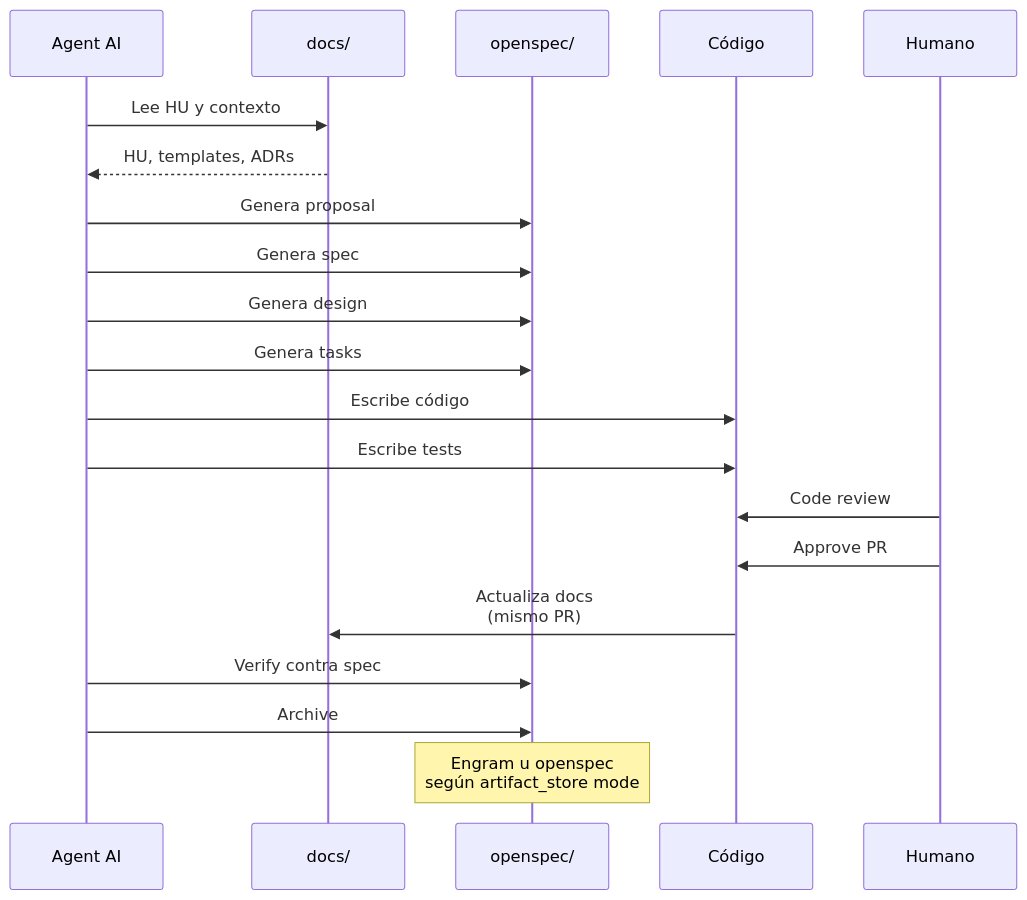
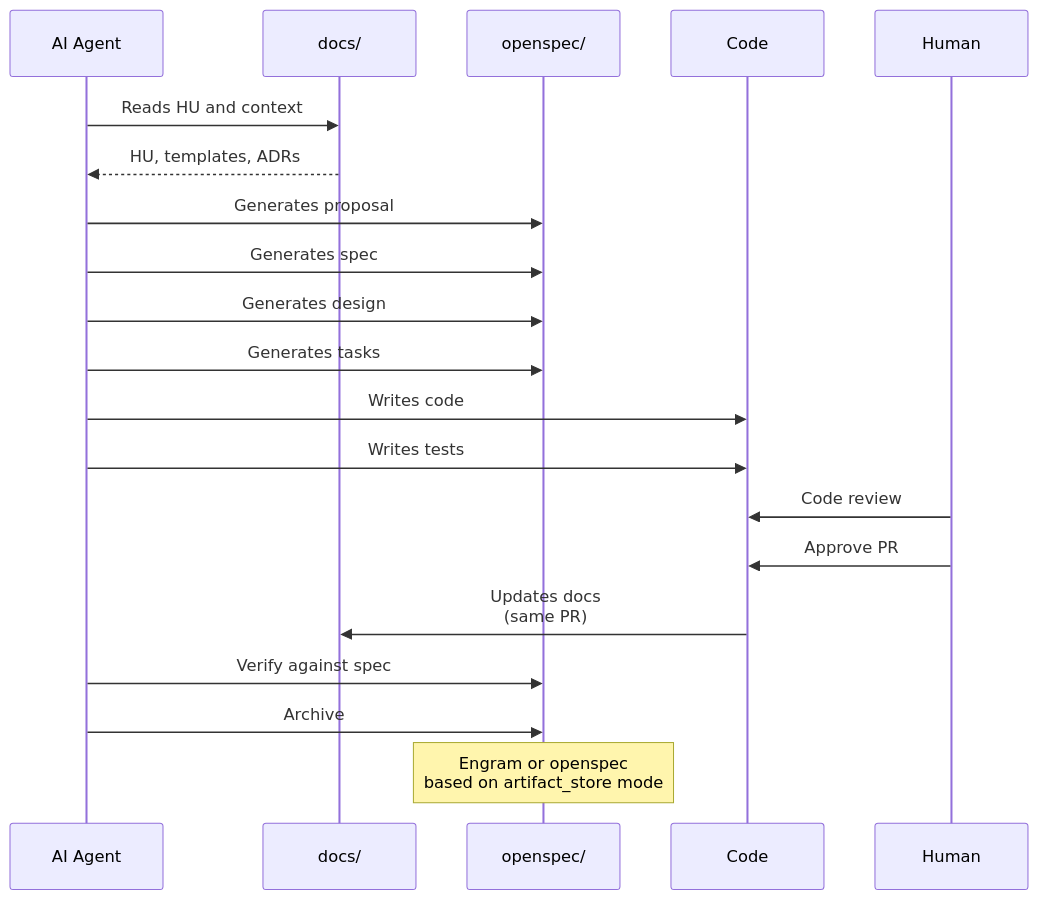
Before and after one commit to crhistianmdz/FlowDocs: the third of 7 diagrams in docs/architecture-diagram.md, drawn with Mermaid. The commit also changed other lines of this file and 81 other files, not shown here.

First line of the commit message:
feat: add FlowDoc adoption checklist and update legacy migration guide

````diff
--- a/docs/architecture-diagram.md
+++ b/docs/architecture-diagram.md
@@ -136,29 +136,29 @@
 ```mermaid
 sequenceDiagram
-    participant Agent as Agent AI
+    participant Agent as AI Agent
     participant DOCS as docs/
     participant OPENSPEC as openspec/
-    participant CODE as Código
-    participant HUMAN as Humano
+    participant CODE as Code
+    participant HUMAN as Human
 
-    Agent->>DOCS: Lee HU y contexto
+    Agent->>DOCS: Reads HU and context
     DOCS-->>Agent: HU, templates, ADRs
 
-    Agent->>OPENSPEC: Genera proposal
-    Agent->>OPENSPEC: Genera spec
-    Agent->>OPENSPEC: Genera design
-    Agent->>OPENSPEC: Genera tasks
+    Agent->>OPENSPEC: Generates proposal
+    Agent->>OPENSPEC: Generates spec
+    Agent->>OPENSPEC: Generates design
+    Agent->>OPENSPEC: Generates tasks
 
-    Agent->>CODE: Escribe código
-    Agent->>CODE: Escribe tests
+    Agent->>CODE: Writes code
+    Agent->>CODE: Writes tests
 
     HUMAN->>CODE: Code review
     HUMAN->>CODE: Approve PR
 
-    CODE->>DOCS: Actualiza docs<br/>(mismo PR)
+    CODE->>DOCS: Updates docs<br/>(same PR)
 
-    Agent->>OPENSPEC: Verify contra spec
+    Agent->>OPENSPEC: Verify against spec
     Agent->>OPENSPEC: Archive
 
-    Note over OPENSPEC: Engram u openspec<br/>según artifact_store mode
+    Note over OPENSPEC: Engram or openspec<br/>based on artifact_store mode
 ```
````
